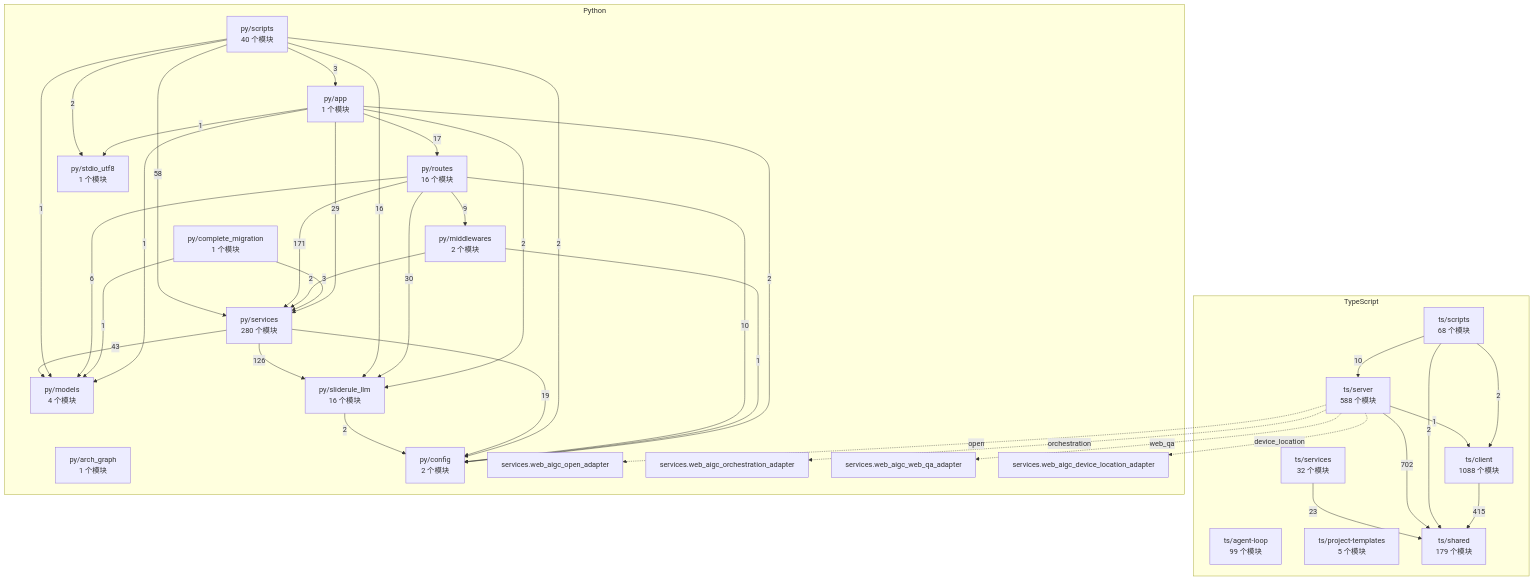
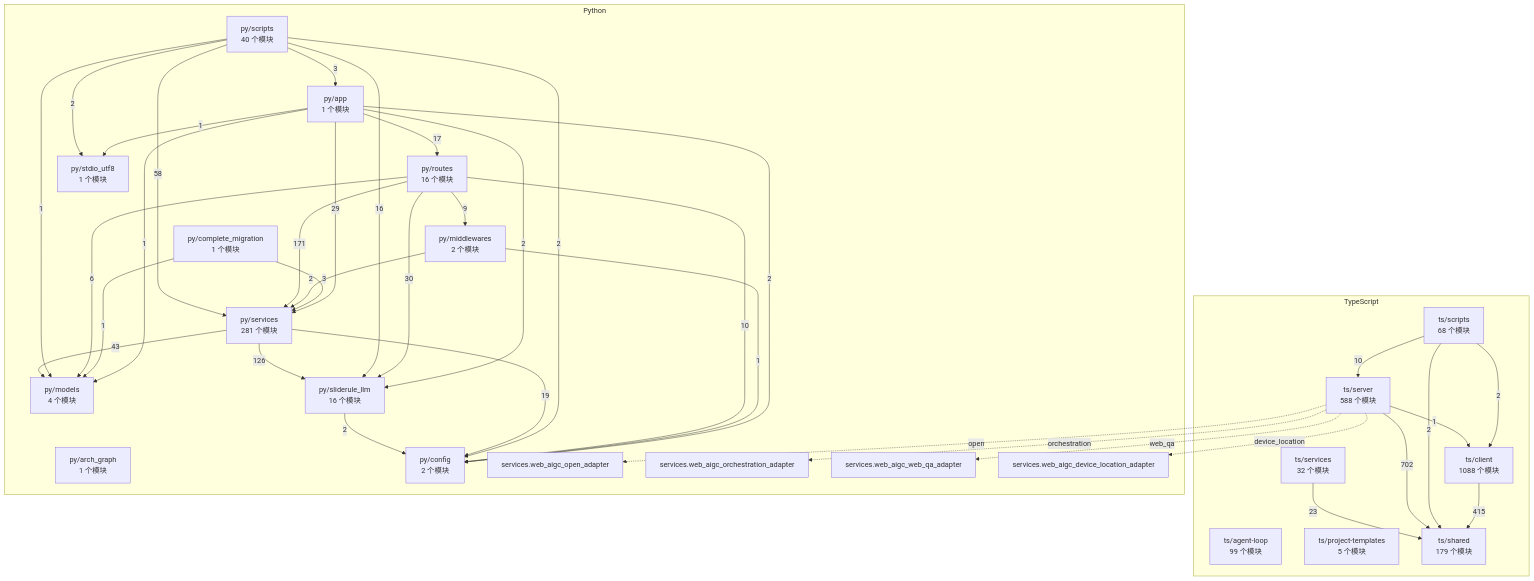
One commit to 2686521696/WhyBuddy changed the diagram in docs/WhyBuddy 全仓架构图（自动生成）.md. Above: the diagram before and after it, drawn with Mermaid. The commit also changed 13 other files, not shown here.

````diff
--- a/docs/WhyBuddy 全仓架构图（自动生成）.md
+++ b/docs/WhyBuddy 全仓架构图（自动生成）.md
@@ -14,65 +14,65 @@
 ```mermaid
 flowchart TB
   subgraph ts [TypeScript]
     ts_agent_loop["ts/agent-loop<br/>99 个模块"]
     ts_client["ts/client<br/>1088 个模块"]
     ts_project_templates["ts/project-templates<br/>5 个模块"]
     ts_scripts["ts/scripts<br/>68 个模块"]
     ts_server["ts/server<br/>588 个模块"]
     ts_services["ts/services<br/>32 个模块"]
     ts_shared["ts/shared<br/>179 个模块"]
   end
   subgraph py [Python]
     py_app["py/app<br/>1 个模块"]
     py_arch_graph["py/arch_graph<br/>1 个模块"]
     py_complete_migration["py/complete_migration<br/>1 个模块"]
     py_config["py/config<br/>2 个模块"]
     py_middlewares["py/middlewares<br/>2 个模块"]
     py_models["py/models<br/>4 个模块"]
     py_routes["py/routes<br/>16 个模块"]
     py_scripts["py/scripts<br/>40 个模块"]
-    py_services["py/services<br/>280 个模块"]
+    py_services["py/services<br/>281 个模块"]
     py_sliderule_llm["py/sliderule_llm<br/>16 个模块"]
     py_stdio_utf8["py/stdio_utf8<br/>1 个模块"]
     py_services_web_aigc_open_adapter["services.web_aigc_open_adapter"]
     py_services_web_aigc_orchestration_adapter["services.web_aigc_orchestration_adapter"]
     py_services_web_aigc_web_qa_adapter["services.web_aigc_web_qa_adapter"]
     py_services_web_aigc_device_location_adapter["services.web_aigc_device_location_adapter"]
   end
   ts_client -->|415| ts_shared
   ts_scripts -->|2| ts_client
   ts_scripts -->|10| ts_server
   ts_scripts -->|2| ts_shared
   ts_server -->|1| ts_client
   ts_server -->|702| ts_shared
   ts_services -->|23| ts_shared
   py_app -->|2| py_config
   py_app -->|1| py_models
   py_app -->|17| py_routes
   py_app -->|29| py_services
   py_app -->|2| py_sliderule_llm
   py_app -->|1| py_stdio_utf8
   py_complete_migration -->|1| py_models
   py_complete_migration -->|3| py_services
   py_middlewares -->|1| py_config
   py_middlewares -->|2| py_services
   py_routes -->|10| py_config
   py_routes -->|9| py_middlewares
   py_routes -->|6| py_models
   py_routes -->|171| py_services
   py_routes -->|30| py_sliderule_llm
   py_scripts -->|3| py_app
   py_scripts -->|2| py_config
   py_scripts -->|1| py_models
   py_scripts -->|58| py_services
   py_scripts -->|16| py_sliderule_llm
   py_scripts -->|2| py_stdio_utf8
   py_services -->|19| py_config
   py_services -->|43| py_models
   py_services -->|126| py_sliderule_llm
   py_sliderule_llm -->|2| py_config
   ts_server -.->|open| py_services_web_aigc_open_adapter
   ts_server -.->|orchestration| py_services_web_aigc_orchestration_adapter
   ts_server -.->|web_qa| py_services_web_aigc_web_qa_adapter
   ts_server -.->|device_location| py_services_web_aigc_device_location_adapter
 ```
````
